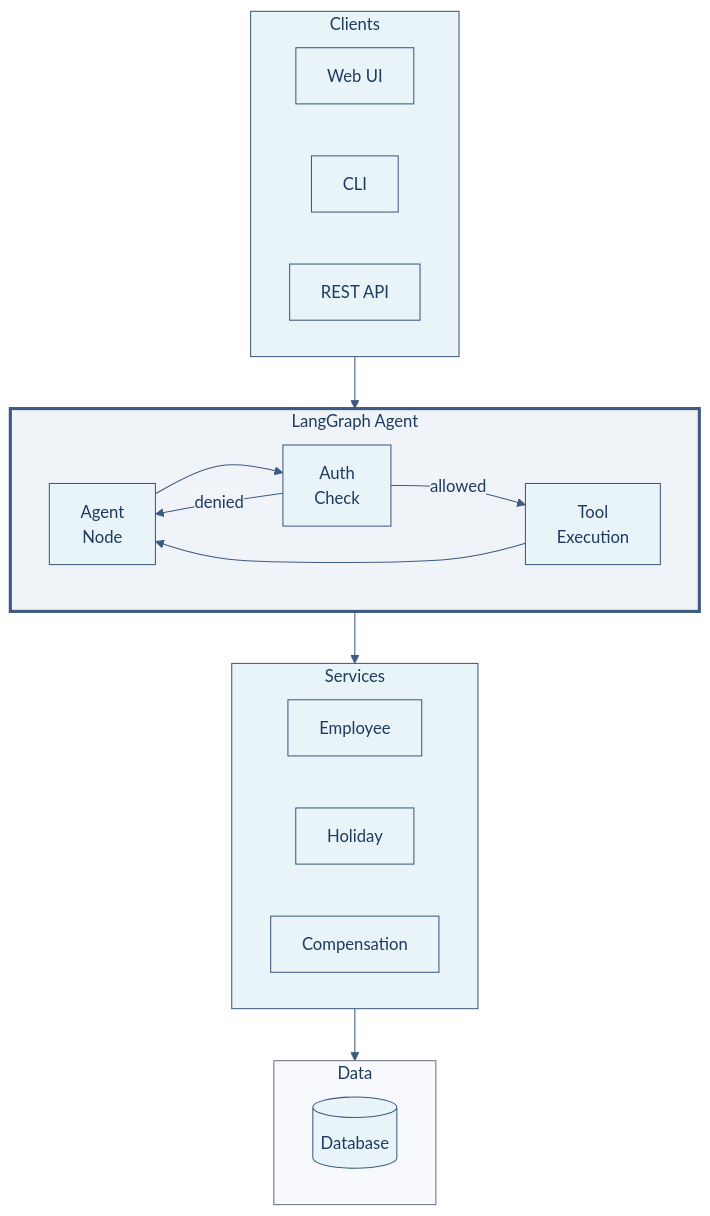
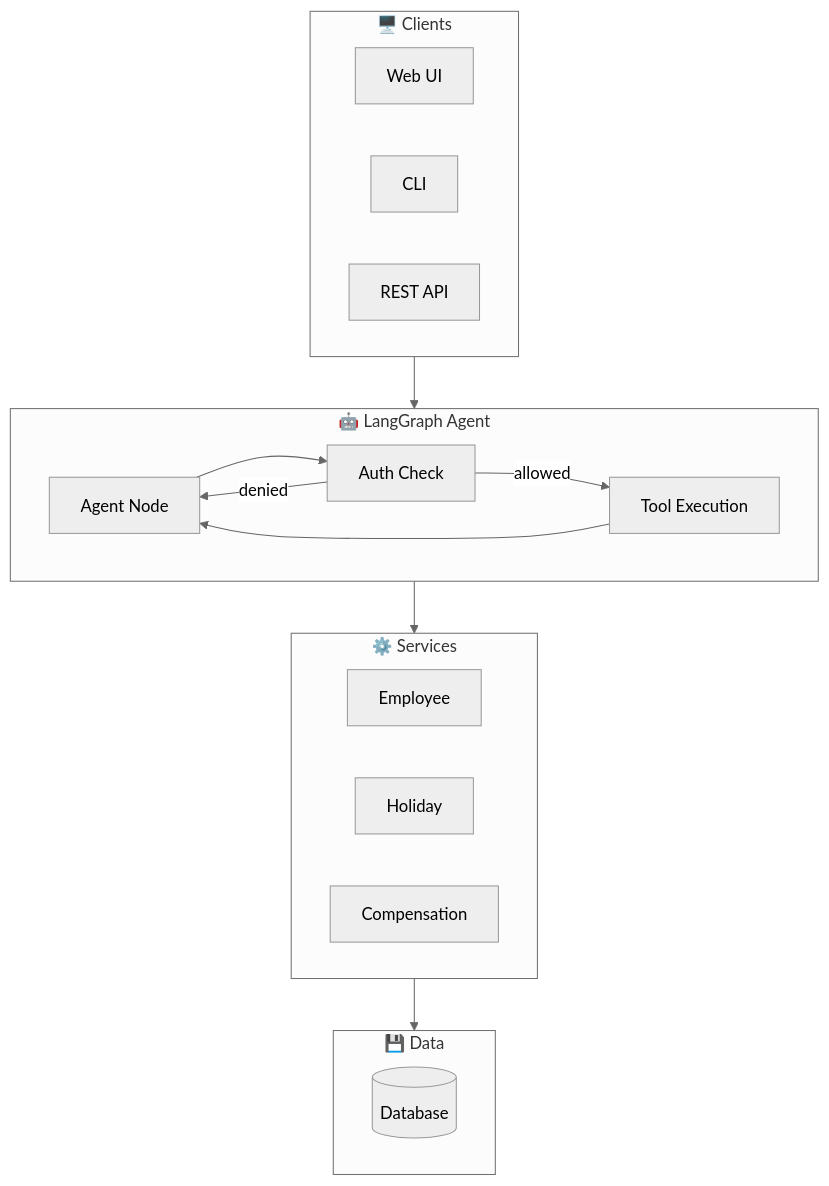
Before and after one commit to ruthvik-jeev/hr-agent: the first of 3 diagrams in README.md, drawn with Mermaid. The commit also changed other lines of this file and 2 other files, not shown here.

First line of the commit message:
fix: use neutral theme for GitHub-compatible Mermaid diagrams

````diff
--- a/README.md
+++ b/README.md
@@ -52,38 +52,32 @@
 ```mermaid
-%%{init: {'theme': 'base', 'themeVariables': { 'primaryColor': '#e8f4f8', 'primaryTextColor': '#1e3a5f', 'primaryBorderColor': '#3d5a80', 'lineColor': '#3d5a80', 'secondaryColor': '#f0f4f8', 'tertiaryColor': '#f7f9fc', 'nodeTextColor': '#1e3a5f', 'textColor': '#1e3a5f', 'mainBkg': '#e8f4f8', 'nodeBkg': '#e8f4f8', 'clusterBkg': '#f7f9fc'}}}%%
-
+%%{init: {'theme': 'neutral'}}%%
 flowchart TB
-    subgraph CLIENT["Clients"]
+    subgraph CLIENT["🖥️ Clients"]
         WEB["Web UI"]
         CLI["CLI"]
         API["REST API"]
     end
     
-    subgraph AGENT["LangGraph Agent"]
+    subgraph AGENT["🤖 LangGraph Agent"]
         direction LR
-        LLM["Agent<br/>Node"] --> AUTH["Auth<br/>Check"]
-        AUTH -->|allowed| TOOLS["Tool<br/>Execution"]
+        LLM["Agent Node"] --> AUTH["Auth Check"]
+        AUTH -->|allowed| TOOLS["Tool Execution"]
         AUTH -->|denied| LLM
         TOOLS --> LLM
     end
     
-    subgraph SERVICES["Services"]
+    subgraph SERVICES["⚙️ Services"]
         direction LR
         S1["Employee"]
         S2["Holiday"]
         S3["Compensation"]
     end
     
-    subgraph DATA["Data"]
+    subgraph DATA["💾 Data"]
         DB[("Database")]
     end
     
     CLIENT --> AGENT
     AGENT --> SERVICES
     SERVICES --> DATA
-    
-    style CLIENT fill:#e8f4f8,stroke:#3d5a80,color:#1e3a5f
-    style AGENT fill:#f0f4f8,stroke:#3d5a80,stroke-width:3px,color:#1e3a5f
-    style SERVICES fill:#e8f4f8,stroke:#3d5a80,color:#1e3a5f
-    style DATA fill:#f7f9fc,stroke:#6b7280,color:#1e3a5f
 ```
````
